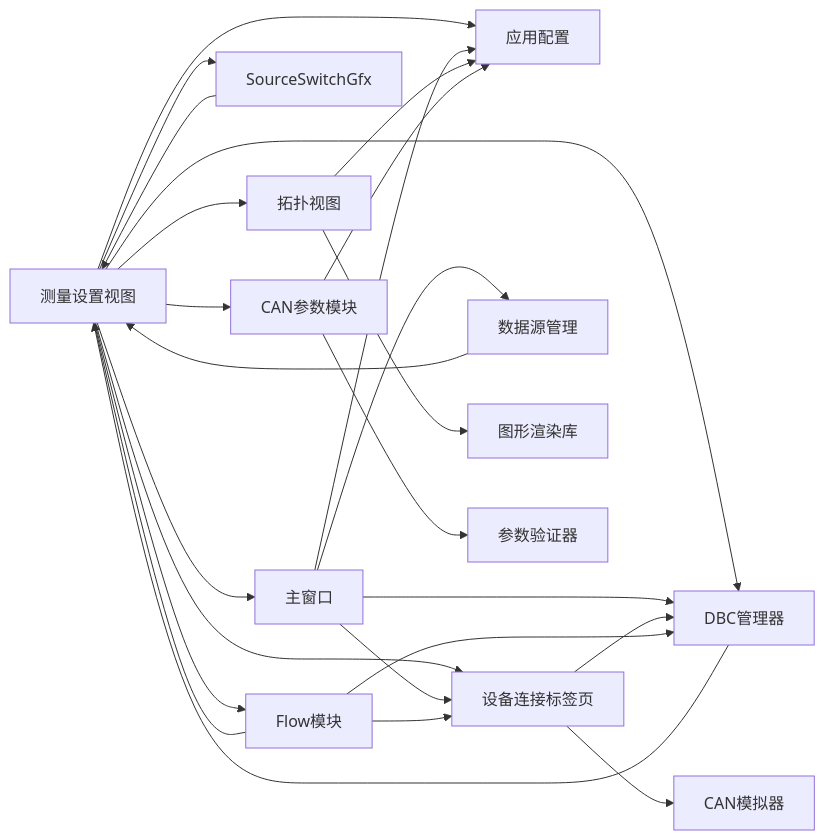
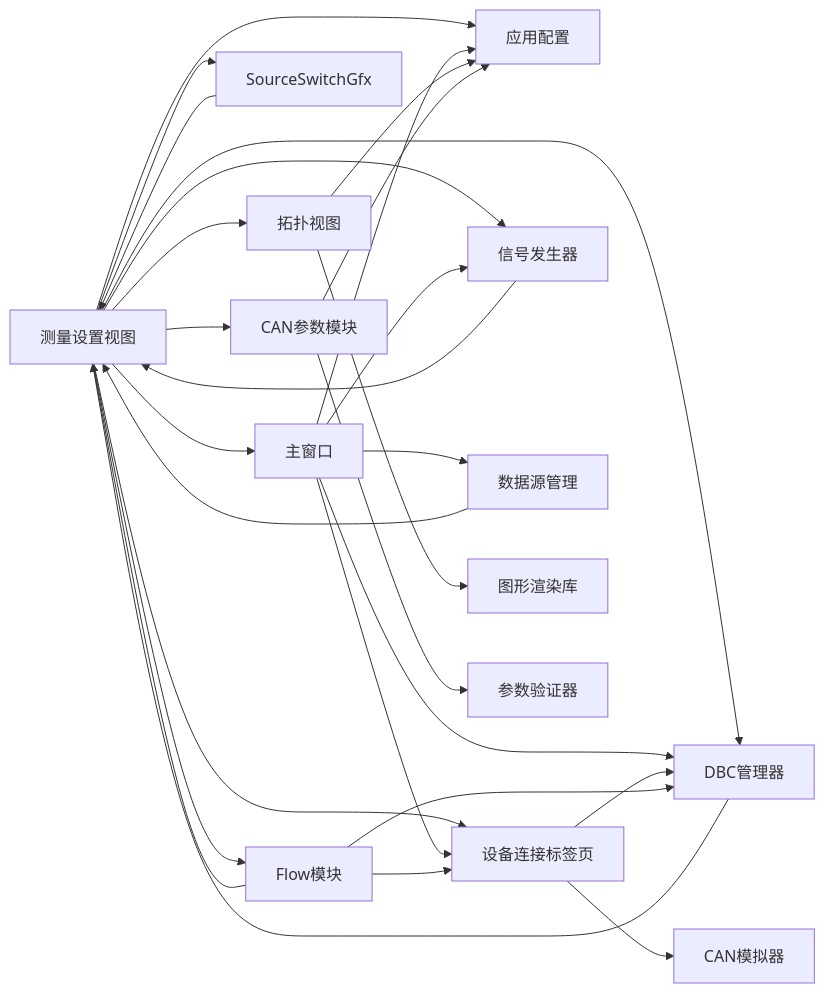
Before and after one commit to jakecai1225-design/OpenBus: the tenth of 10 diagrams in .qoder/repowiki/zh/content/架构设计/UI系统设计/测量设置视图组件.md, drawn with Mermaid. The commit also changed other lines of this file and 14 other files, not shown here.

````diff
--- a/.qoder/repowiki/zh/content/架构设计/UI系统设计/测量设置视图组件.md
+++ b/.qoder/repowiki/zh/content/架构设计/UI系统设计/测量设置视图组件.md
@@ -648,27 +679,30 @@
 ```mermaid
 graph LR
 MSV["测量设置视图"] --> MW["主窗口"]
 MSV --> AC["应用配置"]
 MSV --> SSG["SourceSwitchGfx"]
 MSV --> TV["拓扑视图"]
 MSV --> CAN["CAN参数模块"]
 MSV --> DCT["设备连接标签页"]
 MSV --> DM["DBC管理器"]
 MSV --> FM["Flow模块"]
+MSV --> SG["信号发生器"]
 MW --> AC
 MW --> DS["数据源管理"]
 MW --> DCT
 MW --> DM
+MW --> SG
 TV --> AC
 TV --> GL["图形渲染库"]
 SSG --> MSV
 CAN --> AC
 CAN --> VLD["参数验证器"]
 DS --> MSV
 DCT --> DM
 DCT --> SIM["CAN模拟器"]
 DM --> MSV
 FM --> MSV
 FM --> DM
 FM --> DCT
+SG --> MSV
 ```
````
